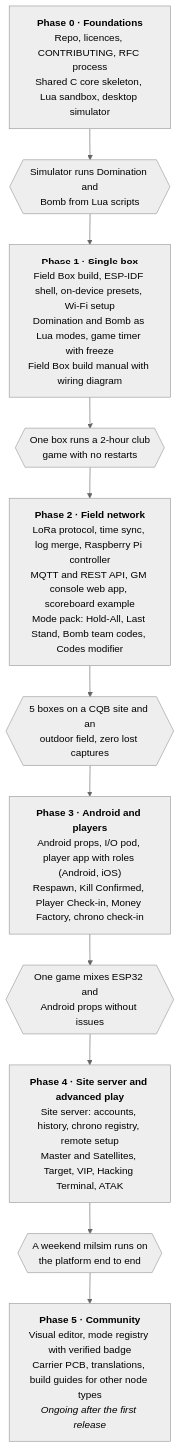
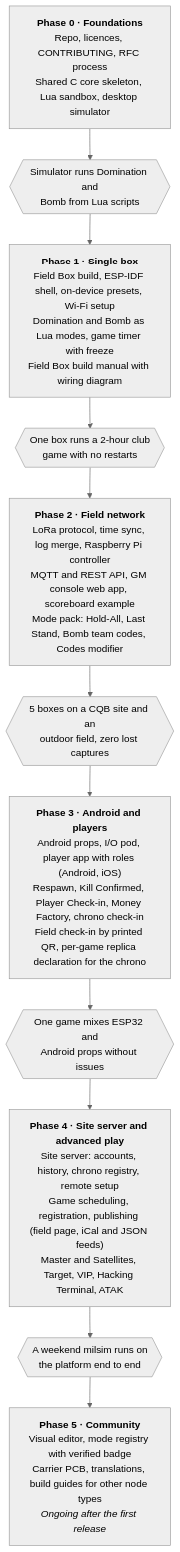
Before and after one commit to vakaobr/atalaia-project: the third of 3 diagrams in docs/design-spec.md, drawn with Mermaid (neutral theme). The commit also changed other lines of this file and 7 other files, not shown here.

````diff
--- a/docs/design-spec.md
+++ b/docs/design-spec.md
@@ -948,15 +961,15 @@
 ```mermaid
 flowchart TB
     p0["<b>Phase 0 · Foundations</b><br/>Repo, licences, CONTRIBUTING, RFC process<br/>Shared C core skeleton, Lua sandbox, desktop simulator"]
     g0{{"Simulator runs Domination and<br/>Bomb from Lua scripts"}}
     p1["<b>Phase 1 · Single box</b><br/>Field Box build, ESP-IDF shell, on-device presets, Wi-Fi setup<br/>Domination and Bomb as Lua modes, game timer with freeze<br/>Field Box build manual with wiring diagram"]
     g1{{"One box runs a 2-hour club<br/>game with no restarts"}}
     p2["<b>Phase 2 · Field network</b><br/>LoRa protocol, time sync, log merge, Raspberry Pi controller<br/>MQTT and REST API, GM console web app, scoreboard example<br/>Mode pack: Hold-All, Last Stand, Bomb team codes, Codes modifier"]
     g2{{"5 boxes on a CQB site and an<br/>outdoor field, zero lost captures"}}
-    p3["<b>Phase 3 · Android and players</b><br/>Android props, I/O pod, player app with roles (Android, iOS)<br/>Respawn, Kill Confirmed, Player Check-in, Money Factory, chrono check-in"]
+    p3["<b>Phase 3 · Android and players</b><br/>Android props, I/O pod, player app with roles (Android, iOS)<br/>Respawn, Kill Confirmed, Player Check-in, Money Factory, chrono check-in<br/>Field check-in by printed QR, per-game replica declaration for the chrono"]
     g3{{"One game mixes ESP32 and<br/>Android props without issues"}}
-    p4["<b>Phase 4 · Site server and advanced play</b><br/>Site server: accounts, history, chrono registry, remote setup<br/>Master and Satellites, Target, VIP, Hacking Terminal, ATAK"]
+    p4["<b>Phase 4 · Site server and advanced play</b><br/>Site server: accounts, history, chrono registry, remote setup<br/>Game scheduling, registration, publishing (field page, iCal and JSON feeds)<br/>Master and Satellites, Target, VIP, Hacking Terminal, ATAK"]
     g4{{"A weekend milsim runs on<br/>the platform end to end"}}
     p5["<b>Phase 5 · Community</b><br/>Visual editor, mode registry with verified badge<br/>Carrier PCB, translations, build guides for other node types<br/><i>Ongoing after the first release</i>"]
     p0 --> g0 --> p1 --> g1 --> p2 --> g2 --> p3 --> g3 --> p4 --> g4 --> p5
 ```
````
